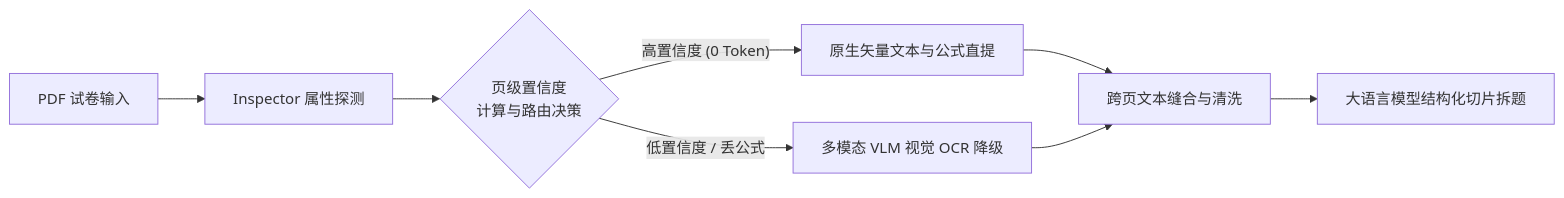
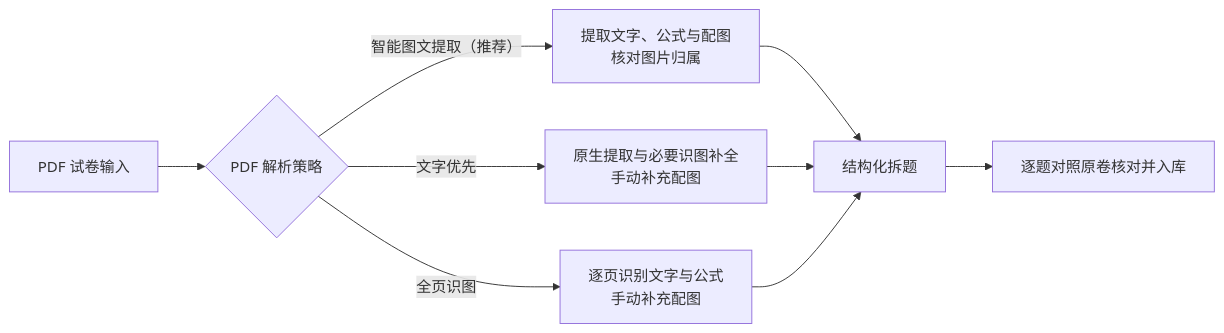
Before and after one commit to JudgePeach/math-question-bank: the first of 3 diagrams in README.md, drawn with Mermaid. The commit also changed other lines of this file and 1 other file, not shown here.

````diff
--- a/README.md
+++ b/README.md
@@ -40,10 +40,11 @@
 ```mermaid
 flowchart LR
-    PDF[PDF 试卷输入] --> Inspector[Inspector 属性探测]
-    Inspector --> Route{页级置信度<br/>计算与路由决策}
-    Route -->|"高置信度 (0 Token)"| Native[原生矢量文本与公式直提]
-    Route -->|"低置信度 / 丢公式"| VLM[多模态 VLM 视觉 OCR 降级]
-    Native --> Merge[跨页文本缝合与清洗]
-    VLM --> Merge
-    Merge --> LLM[大语言模型结构化切片拆题]
+    PDF[PDF 试卷输入] --> Strategy{PDF 解析策略}
+    Strategy -->|"智能图文提取（推荐）"| Smart[提取文字、公式与配图<br/>核对图片归属]
+    Strategy -->|"文字优先"| Native[原生提取与必要识图补全<br/>手动补充配图]
+    Strategy -->|"全页识图"| VLM[逐页识别文字与公式<br/>手动补充配图]
+    Smart --> Split[结构化拆题]
+    Native --> Split
+    VLM --> Split
+    Split --> Review[逐题对照原卷核对并入库]
 ```
````
